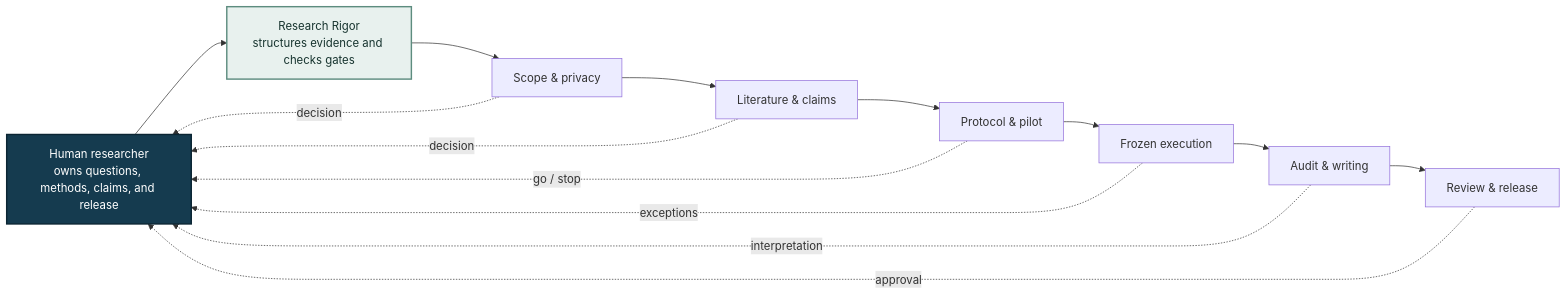
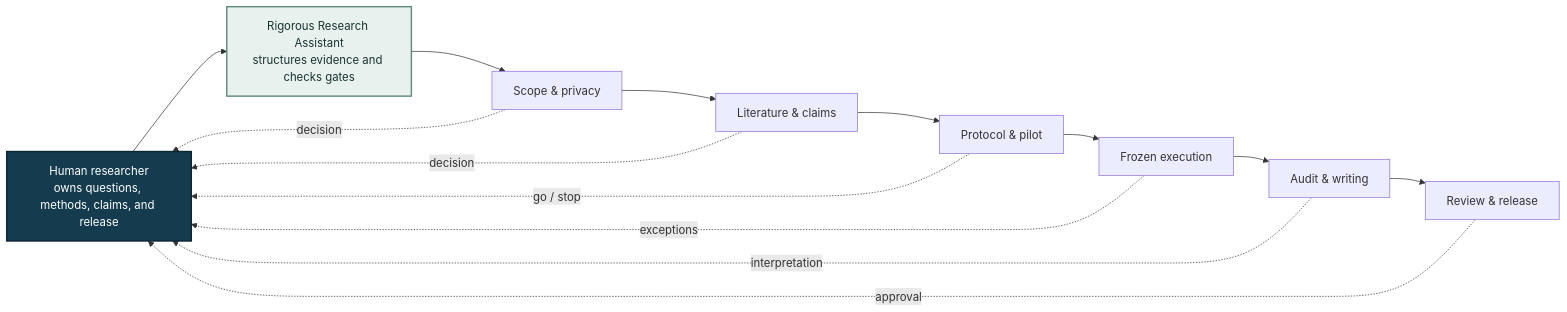
Before and after one commit to bsq415/research-rigor-skill: the diagram in README.md, drawn with Mermaid. The commit also changed other lines of this file and 7 other files, not shown here.

````diff
--- a/README.md
+++ b/README.md
@@ -64,23 +64,23 @@
 ```mermaid
 flowchart LR
     H["Human researcher<br/>owns questions, methods, claims, and release"]:::human
-    R["Research Rigor<br/>structures evidence and checks gates"]:::tool
+    R["Rigorous Research Assistant<br/>structures evidence and checks gates"]:::tool
     P1["Scope & privacy"]
     P2["Literature & claims"]
     P3["Protocol & pilot"]
     P4["Frozen execution"]
     P5["Audit & writing"]
     P6["Review & release"]
 
     H --> R
     R --> P1 --> P2 --> P3 --> P4 --> P5 --> P6
     P1 -. decision .-> H
     P2 -. decision .-> H
     P3 -. go / stop .-> H
     P4 -. exceptions .-> H
     P5 -. interpretation .-> H
     P6 -. approval .-> H
 
     classDef human fill:#153b4f,color:#ffffff,stroke:#0b2533,stroke-width:2px;
     classDef tool fill:#e8f1ee,color:#17342f,stroke:#5d8c7f,stroke-width:2px;
 ```
````
